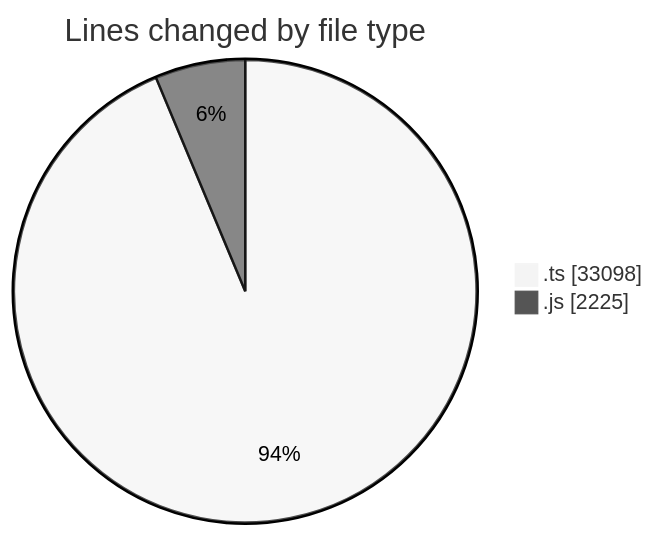
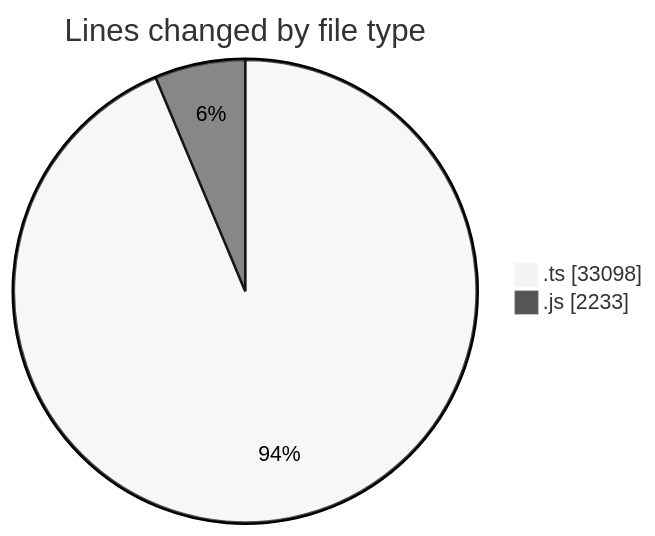
The first of 2 diagrams in 2025-06-26/cda/README.md (momahboobian/code-tracking), drawn with Mermaid (neutral theme) before and after one commit. The commit also changed other lines of this file and 1 other file, not shown here.

````diff
--- a/2025-06-26/cda/README.md
+++ b/2025-06-26/cda/README.md
@@ -35,6 +35,6 @@
 ```mermaid
 pie showData
 title Lines changed by file type
 ".ts" : 33098
-".js" : 2225
+".js" : 2233
 ```
````
